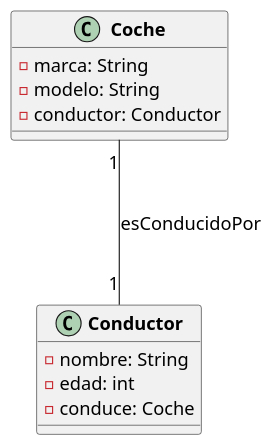
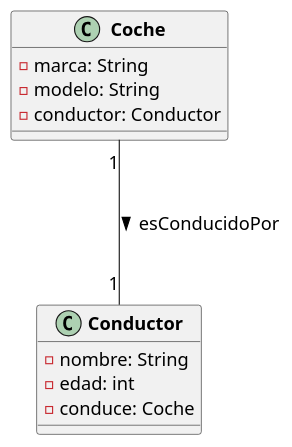
Before and after one commit to jesus-castro89/poo: the second of 6 diagrams in Writerside/topics/relaciones.md, drawn with PlantUML. The commit also changed 1 other file, not shown here.

````diff
--- a/Writerside/topics/relaciones.md
+++ b/Writerside/topics/relaciones.md
@@ -61,23 +61,23 @@
 ```plantuml
 @startuml
 skinparam class{
     FontStyle bold
     FontSize 18
     AttributeFontSize 16
 }
 skinparam arrow{
     FontSize 16
 }
 class Coche{
     - marca: String
     - modelo: String
     - conductor: Conductor
 }
 class Conductor{
     - nombre: String
     - edad: int
     - conduce: Coche
 }
-Coche "1" --- "1" Conductor: esConducidoPor
+Coche "1" --- "1" Conductor: esConducidoPor >
 @enduml
 ```
````
